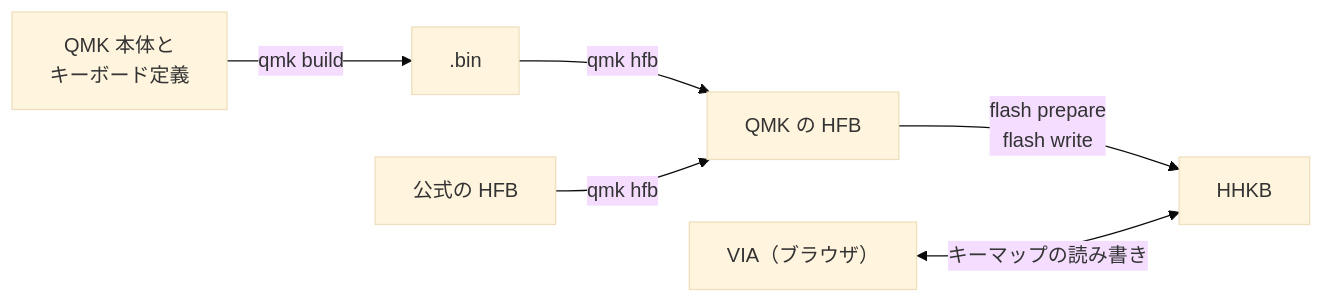
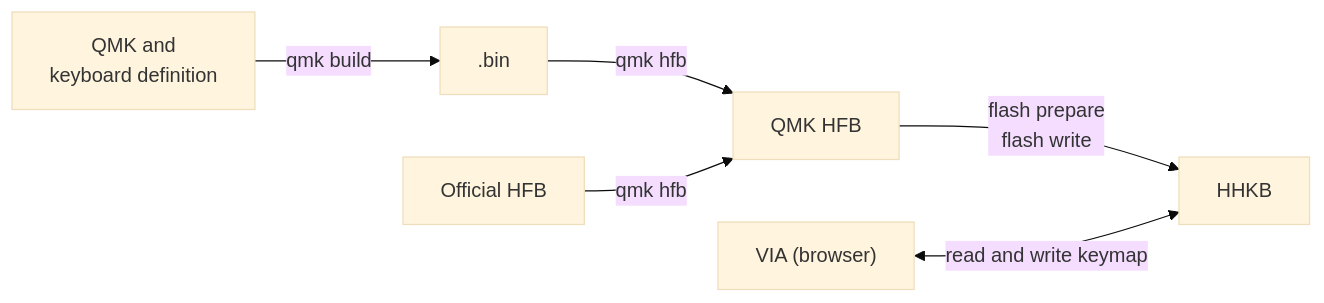
Before and after one commit to shinespark/hhkb_hybrid_qmk: the diagram in README.md, drawn with Mermaid (base theme). The commit also changed other lines of this file and 3 other files, not shown here.

````diff
--- a/README.md
+++ b/README.md
@@ -60,8 +62,8 @@
 ```mermaid
 flowchart LR
-    source["QMK 本体と<br>キーボード定義"] -->|qmk build| bin[".bin"]
-    bin -->|qmk hfb| hfb["QMK の HFB"]
-    stock["公式の HFB"] -->|qmk hfb| hfb
+    source["QMK and<br>keyboard definition"] -->|qmk build| bin[".bin"]
+    bin -->|qmk hfb| hfb["QMK HFB"]
+    stock["Official HFB"] -->|qmk hfb| hfb
     hfb -->|"flash prepare<br>flash write"| hhkb["HHKB"]
-    via["VIA（ブラウザ）"] <-->|キーマップの読み書き| hhkb
+    via["VIA (browser)"] <-->|read and write keymap| hhkb
 ```
````
